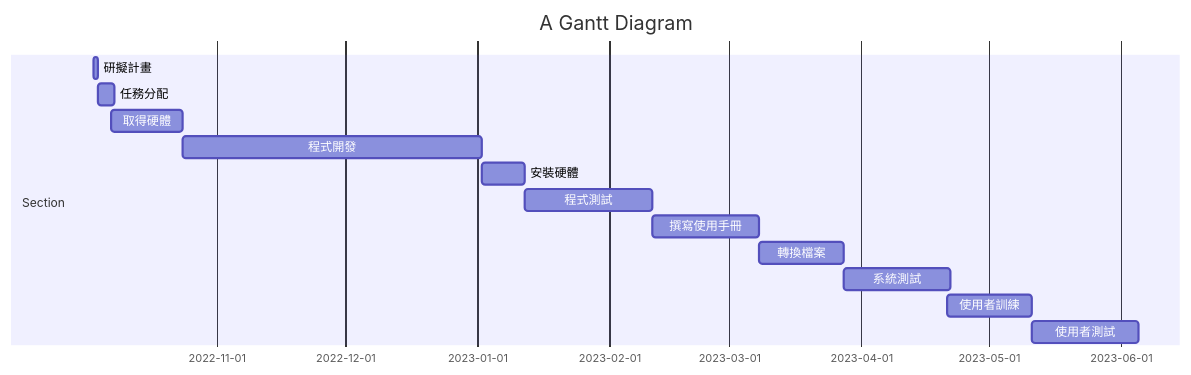
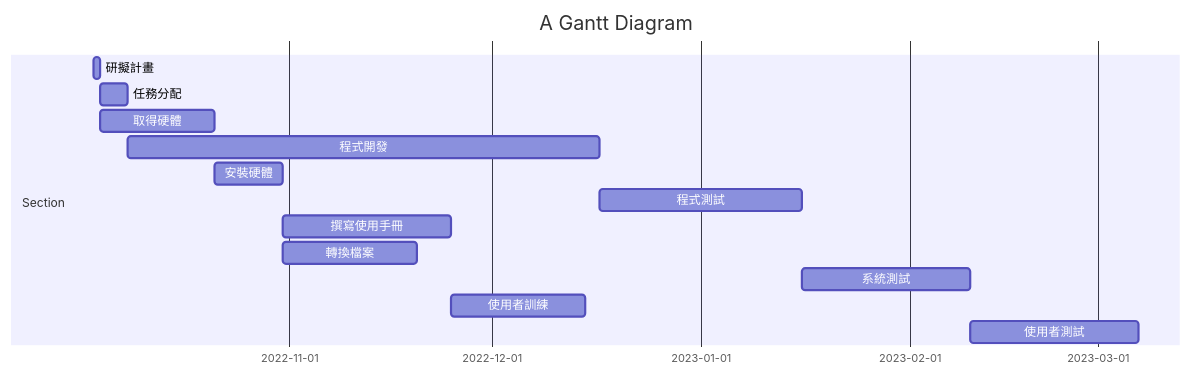
One commit to ciely22/2022-3a changed the diagram in hw2.md. Above: the diagram before and after it, drawn with Mermaid. The commit also changed other lines of this file, not shown here.

````diff
--- a/hw2.md
+++ b/hw2.md
@@ -34,17 +21,17 @@
 ```mermaid
 gantt
     title A Gantt Diagram
     
     section Section
-    研擬計畫 : 2022-10-03, 1d
-    任務分配 : 2022-10-04, 4d
-    取得硬體 : 2022-10-07, 17d  
-    程式開發 : 2022-10-24, 70d
-    安裝硬體 : 2023-01-02, 10d
-    程式測試 : 2023-01-12, 30d
-    撰寫使用手冊 :2023-02-11, 25d
-    轉換檔案 : 2023-03-08, 20d
-    系統測試 : 2023-03-28, 25d
-    使用者訓練 : 2023-04-21, 20d
-    使用者測試 : 2023-05-11, 25d
+    研擬計畫 : a1, 2022-10-03, 1d
+    任務分配 : a2, after a1, 4d
+    取得硬體 : a3, after a1, 17d  
+    程式開發 : a4, after a2, 70d
+    安裝硬體 : a5, after a3, 10d
+    程式測試 : a6, after a4, 30d
+    撰寫使用手冊 :a7, after a5, 25d
+    轉換檔案 : a8, after a5, 20d
+    系統測試 : a9, after a6, 25d
+    使用者訓練 : a10, after a7, 20d
+    使用者測試 : after a9, 25d
 ```
````
